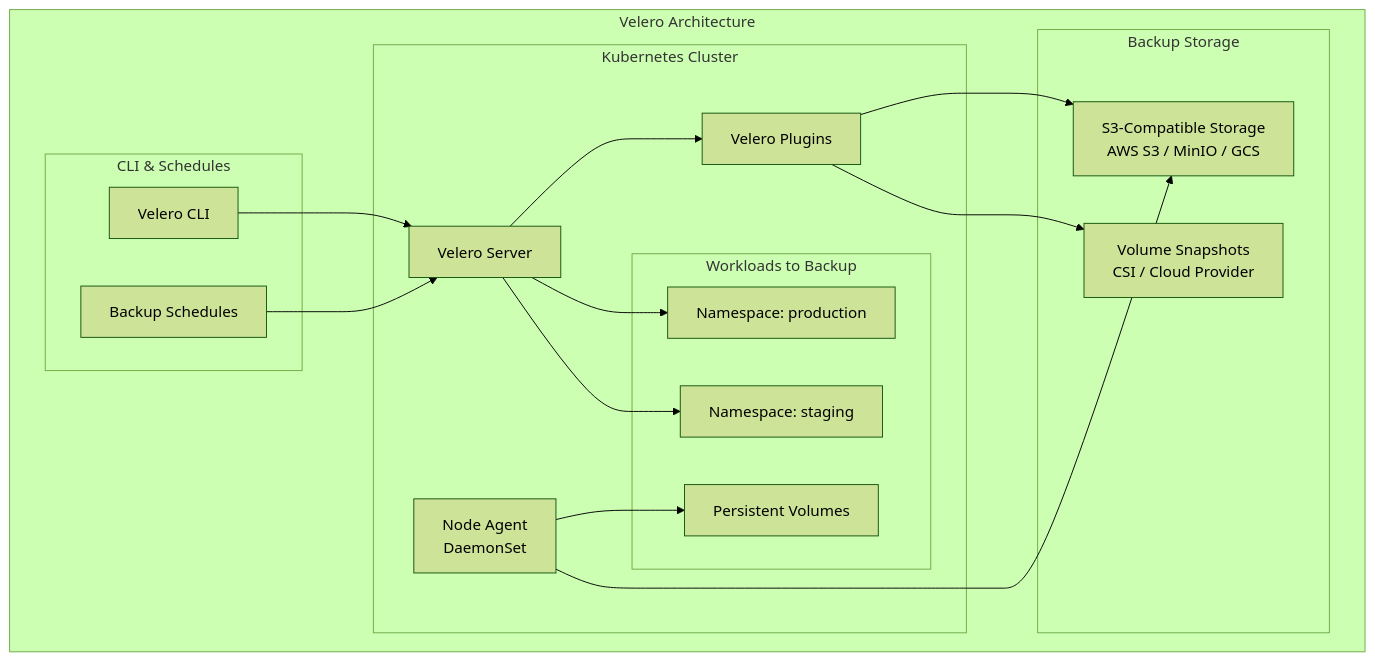
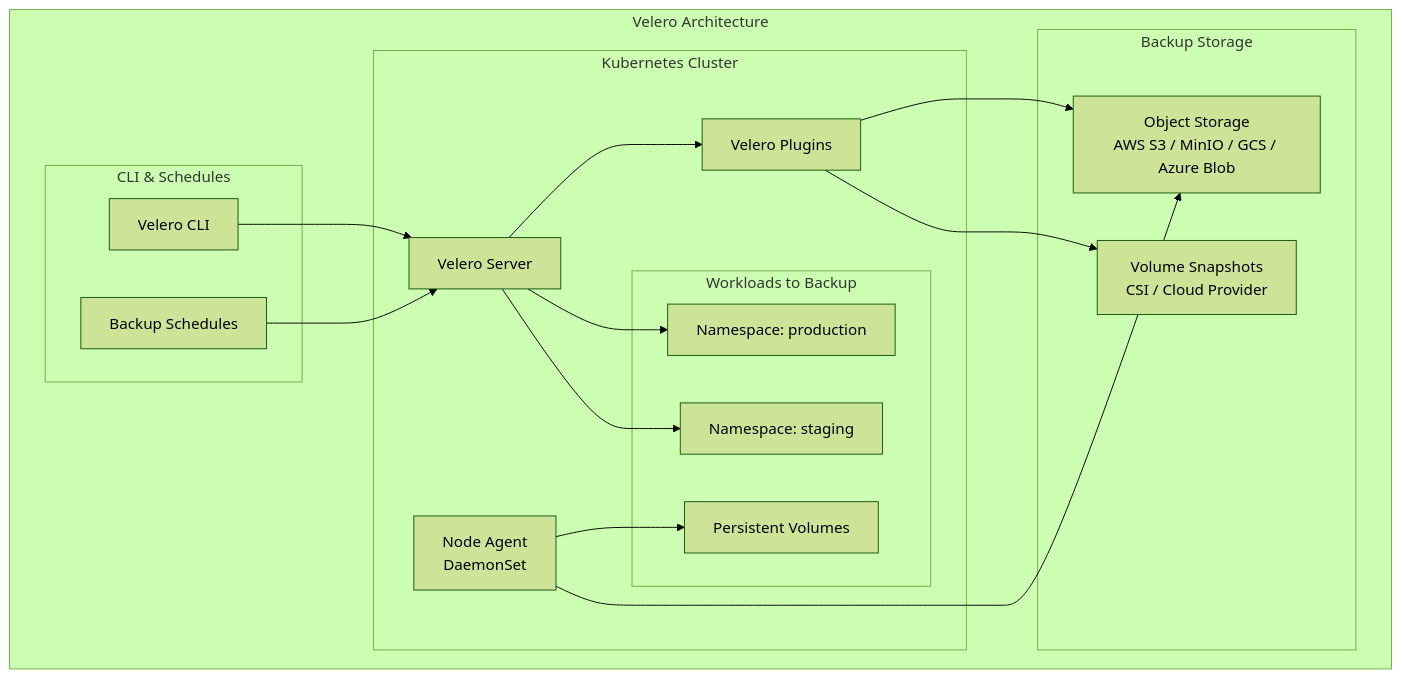
One commit to OneUptime/blog changed the first of 2 diagrams in posts/2026-01-19-kubernetes-velero-backup-restore/README.md. Above: the diagram before and after it, drawn with Mermaid (forest theme). The commit also changed other lines of this file and 4262 other files, not shown here.

````diff
--- a/posts/2026-01-19-kubernetes-velero-backup-restore/README.md
+++ b/posts/2026-01-19-kubernetes-velero-backup-restore/README.md
@@ -27,36 +27,36 @@
 ```mermaid
 flowchart TB
     subgraph "Velero Architecture"
         subgraph "Kubernetes Cluster"
             VeleroServer[Velero Server]
             VeleroPlugins[Velero Plugins]
             NodeAgent[Node Agent<br/>DaemonSet]
             
             subgraph "Workloads to Backup"
                 NS1[Namespace: production]
                 NS2[Namespace: staging]
                 PV1[Persistent Volumes]
             end
         end
         
         subgraph "Backup Storage"
-            S3[S3-Compatible Storage<br/>AWS S3 / MinIO / GCS]
+            S3[Object Storage<br/>AWS S3 / MinIO / GCS / Azure Blob]
             Snapshots[Volume Snapshots<br/>CSI / Cloud Provider]
         end
         
         subgraph "CLI & Schedules"
             CLI[Velero CLI]
             Schedules[Backup Schedules]
         end
     end
     
     CLI --> VeleroServer
     Schedules --> VeleroServer
     VeleroServer --> VeleroPlugins
     VeleroServer --> NS1
     VeleroServer --> NS2
     NodeAgent --> PV1
     VeleroPlugins --> S3
     VeleroPlugins --> Snapshots
     NodeAgent --> S3
 ```
````
